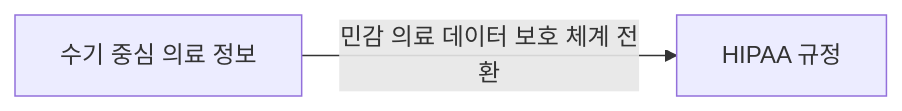
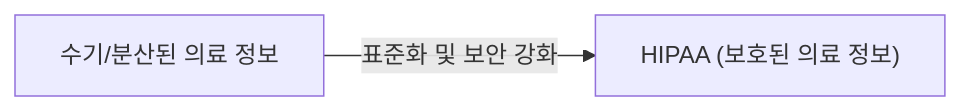
The first of 2 diagrams in docs/03-legal-compliance/hipaa.md (jeonck/fw-thinking), drawn with Mermaid before and after one commit. The commit also changed other lines of this file and 3 other files, not shown here.

````diff
--- a/docs/03-legal-compliance/hipaa.md
+++ b/docs/03-legal-compliance/hipaa.md
@@ -10,4 +11,4 @@
 ```mermaid
 flowchart LR
-    A["수기 중심 의료 정보"] -- "민감 의료 데이터 보호 체계 전환" --> B["HIPAA 규정"]
+    A["수기/분산된 의료 정보"] -- "표준화 및 보안 강화" --> B["HIPAA (보호된 의료 정보)"]
 ```
````
